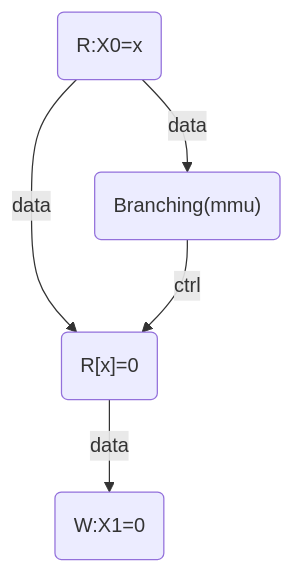
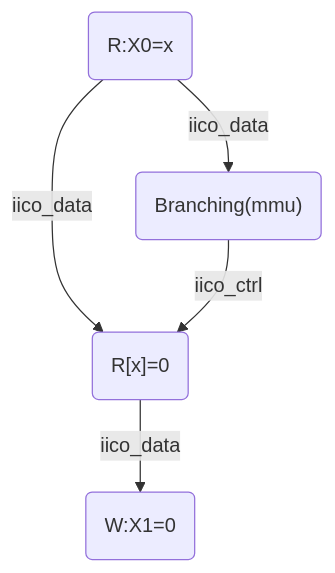
One commit to herd/herdtools7 changed the third of 4 diagrams in pac_tests/notes_wm.md. Above: the diagram before and after it, drawn with Mermaid. The commit also changed other lines of this file and 4 other files, not shown here.

````diff
--- a/pac_tests/notes_wm.md
+++ b/pac_tests/notes_wm.md
@@ -72,12 +71,12 @@
 ```mermaid
 graph TD;
     A("R:X0=x");
     B("Branching(mmu)");
     C("R[x]=0");
     D("W:X1=0");
 
-    A -->|data| B;
-    A -->|data| C;
-    B -->|ctrl| C;
-    C -->|data| D;
+    A -->|iico_data| B;
+    A -->|iico_data| C;
+    B -->|iico_ctrl| C;
+    C -->|iico_data| D;
 ```
````
